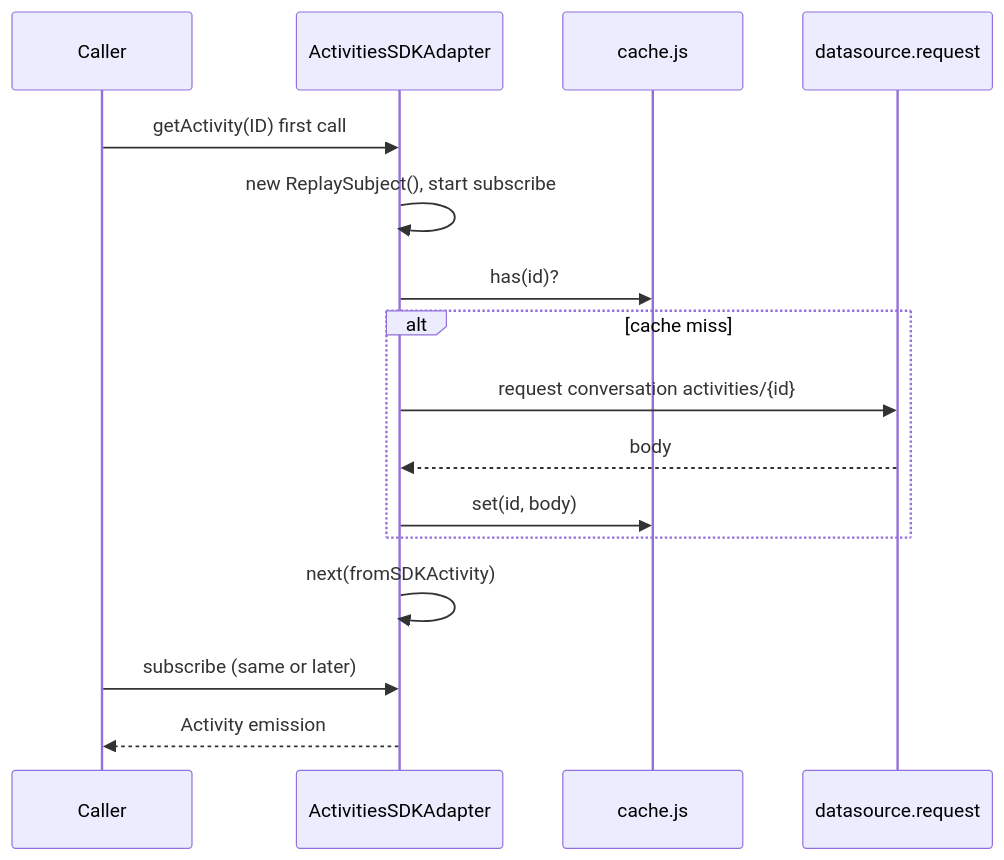
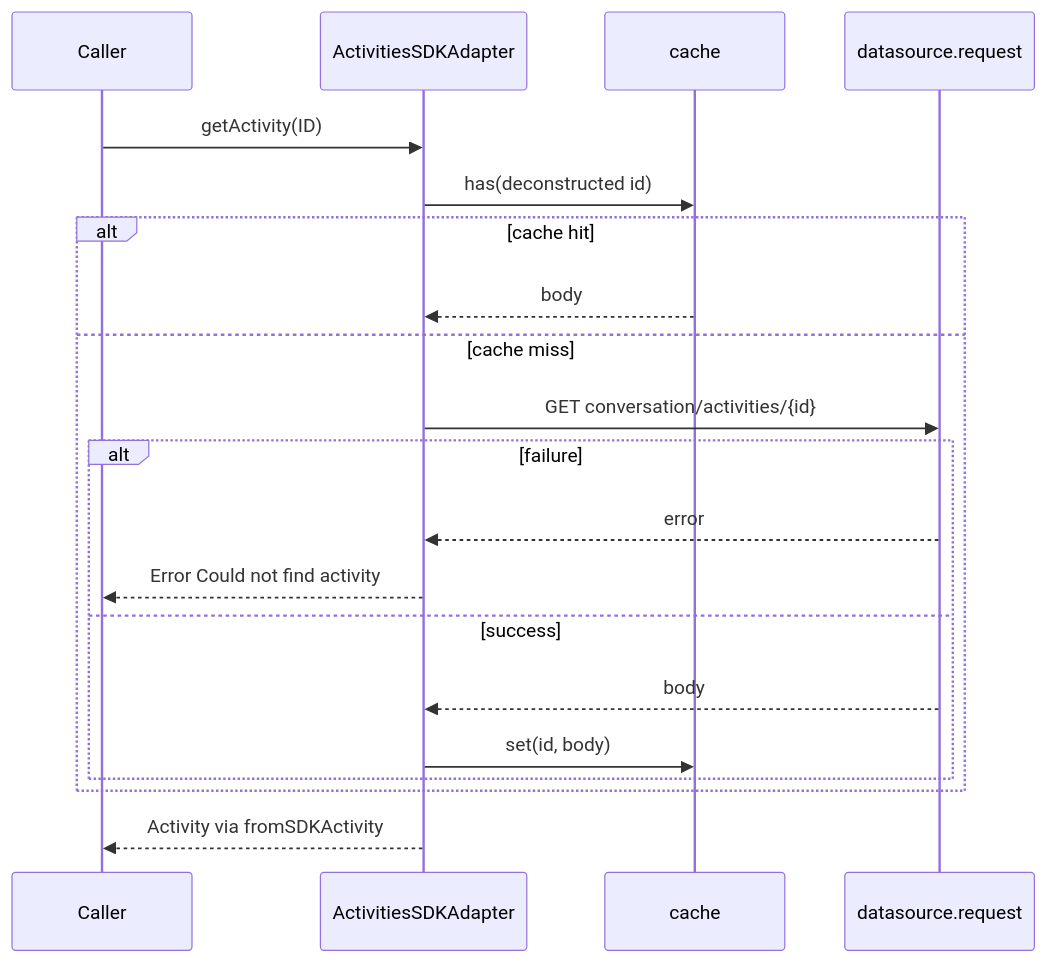
Before and after one commit to webex/sdk-component-adapter: the second of 5 diagrams in src/ai-docs/activities-sdk-adapter-spec.md, drawn with Mermaid. The commit also changed other lines of this file and 13 other files, not shown here.

````diff
--- a/src/ai-docs/activities-sdk-adapter-spec.md
+++ b/src/ai-docs/activities-sdk-adapter-spec.md
@@ -131,19 +127,23 @@
 ```mermaid
 sequenceDiagram
   participant Caller
   participant Adapter as ActivitiesSDKAdapter
-  participant Cache as cache.js
-  participant SDK as datasource.request
+  participant Cache as cache
+  participant API as datasource.request
 
-  Caller->>Adapter: getActivity(ID) first call
-  Adapter->>Adapter: new ReplaySubject(), start subscribe
-  Adapter->>Cache: has(id)?
-  alt cache miss
-    Adapter->>SDK: request conversation activities/{id}
-    SDK-->>Adapter: body
-    Adapter->>Cache: set(id, body)
+  Caller->>Adapter: getActivity(ID)
+  Adapter->>Cache: has(deconstructed id)
+  alt cache hit
+    Cache-->>Adapter: body
+  else cache miss
+    Adapter->>API: GET conversation/activities/{id}
+    alt failure
+      API-->>Adapter: error
+      Adapter-->>Caller: Error Could not find activity
+    else success
+      API-->>Adapter: body
+      Adapter->>Cache: set(id, body)
+    end
   end
-  Adapter->>Adapter: next(fromSDKActivity)
-  Caller->>Adapter: subscribe (same or later)
-  Adapter-->>Caller: Activity emission
+  Adapter-->>Caller: Activity via fromSDKActivity
 ```
````
